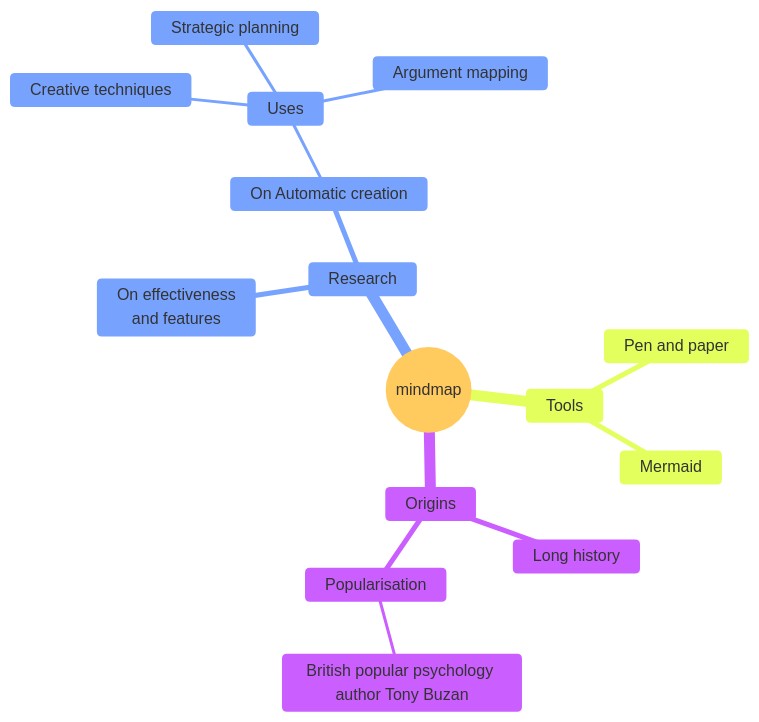
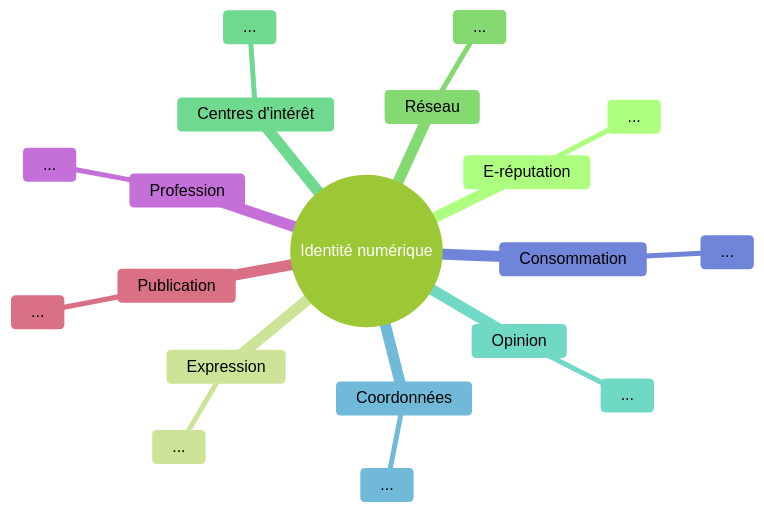
One commit to boddaert/snt changed the diagram in seconde/Réseaux sociaux/Identite_numerique.md. Above: the diagram before and after it, drawn with Mermaid.

Commit message:
id numerique

````diff
--- a/seconde/Réseaux sociaux/Identite_numerique.md
+++ b/seconde/Réseaux sociaux/Identite_numerique.md
@@ -7,20 +7,23 @@
 ```mermaid
-%%{init: { 'logLevel': 'debug', 'theme': 'base'}}%%
+%%{init: { 'logLevel': 'debug', 'theme': 'forest'}}%%
 mindmap
-  root((mindmap))
-    Origins
-      Long history
-      ::icon(fa fa-book)
-      Popularisation
-        British popular psychology author Tony Buzan
-    Research
-      On effectiveness<br/>and features
-      On Automatic creation
-        Uses
-            Creative techniques
-            Strategic planning
-            Argument mapping
-    Tools
-      Pen and paper
-      Mermaid
+  root((Identité numérique))
+    E-réputation
+        ...
+    Expression
+        ...
+    Réseau
+        ...
+    Centres d'intérêt
+        ...
+    Opinion
+        ...
+    Coordonnées
+        ...
+    Consommation
+        ...
+    Profession
+        ...
+    Publication
+        ...
 ```
````
